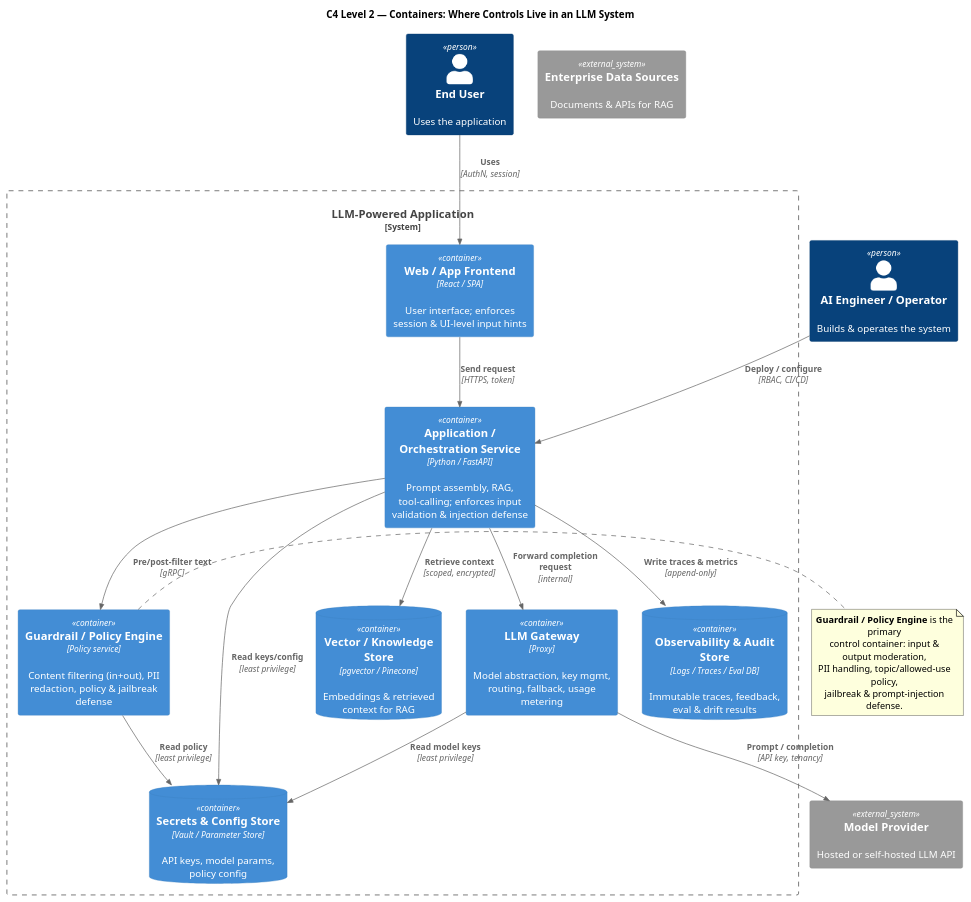
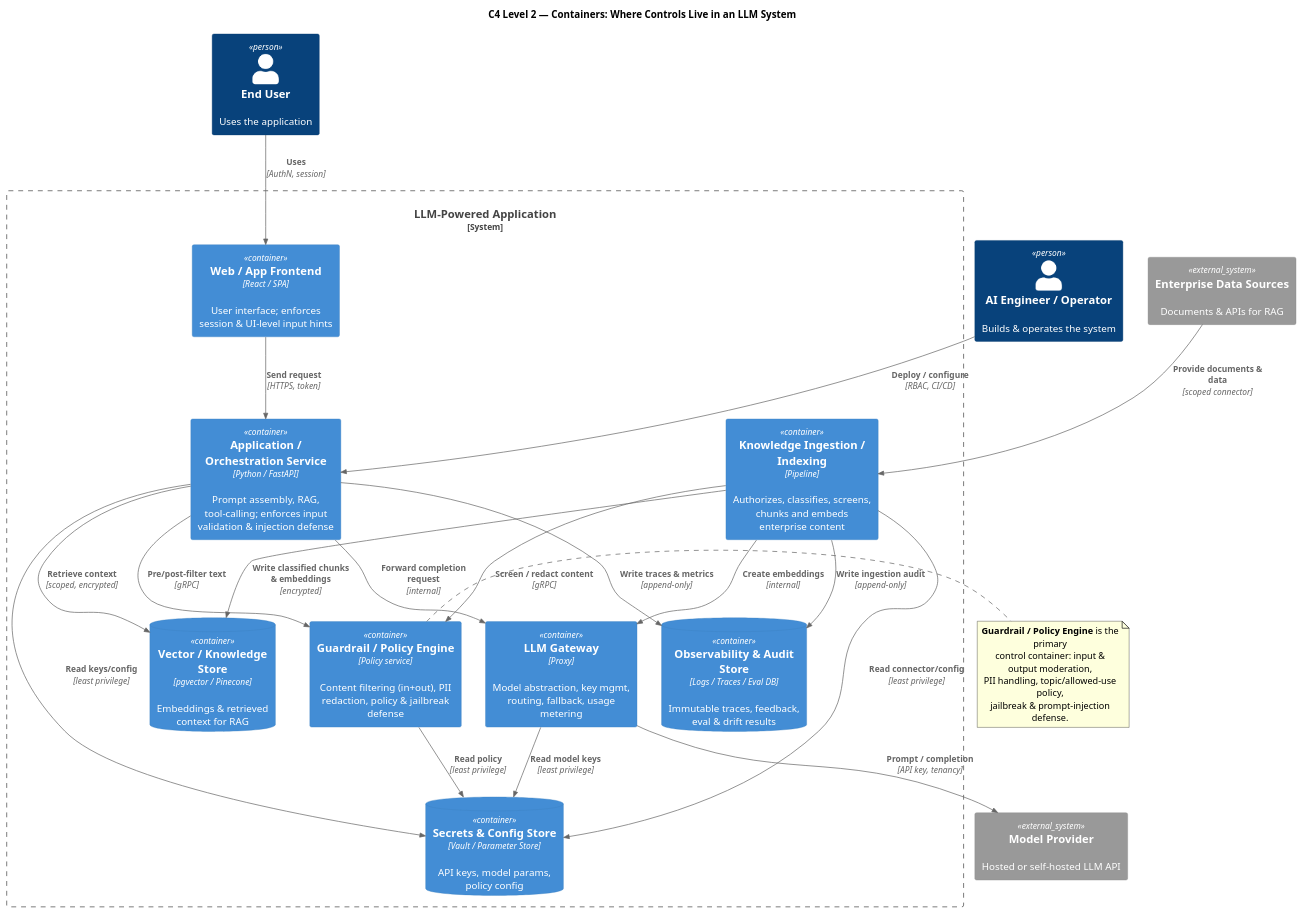
Before and after one commit to hoggmania/llm-c4-controls: the diagram in 02-container.puml, drawn with PlantUML. The commit also changed 7 other files, not shown here.

```diff
--- a/02-container.puml
+++ b/02-container.puml
@@ -1,44 +1,51 @@
 @startuml
 !includeurl https://raw.githubusercontent.com/plantuml-stdlib/C4-PlantUML/master/C4_Container.puml
 
 title C4 Level 2 — Containers: Where Controls Live in an LLM System
 
 Person(user, "End User", "Uses the application")
 Person(engineer, "AI Engineer / Operator", "Builds & operates the system")
 
 System_Boundary(llmApp, "LLM-Powered Application") {
 
   Container(ui, "Web / App Frontend", "React / SPA", "User interface; enforces session & UI-level input hints")
 
   Container(orch, "Application / Orchestration Service", "Python / FastAPI", "Prompt assembly, RAG, tool-calling; enforces input validation & injection defense")
+  Container(indexer, "Knowledge Ingestion / Indexing", "Pipeline", "Authorizes, classifies, screens, chunks and embeds enterprise content")
   Container(guard, "Guardrail / Policy Engine", "Policy service", "Content filtering (in+out), PII redaction, policy & jailbreak defense")
   Container(gw, "LLM Gateway", "Proxy", "Model abstraction, key mgmt, routing, fallback, usage metering")
 
   ContainerDb(vec, "Vector / Knowledge Store", "pgvector / Pinecone", "Embeddings & retrieved context for RAG")
   ContainerDb(secrets, "Secrets & Config Store", "Vault / Parameter Store", "API keys, model params, policy config")
   ContainerDb(obs, "Observability & Audit Store", "Logs / Traces / Eval DB", "Immutable traces, feedback, eval & drift results")
 }
 
 System_Ext(modelProvider, "Model Provider", "Hosted or self-hosted LLM API")
 System_Ext(dataSrc, "Enterprise Data Sources", "Documents & APIs for RAG")
 
 Rel(user, ui, "Uses", "AuthN, session")
 Rel(ui, orch, "Send request", "HTTPS, token")
 Rel(engineer, orch, "Deploy / configure", "RBAC, CI/CD")
+Rel(dataSrc, indexer, "Provide documents & data", "scoped connector")
+Rel(indexer, guard, "Screen / redact content", "gRPC")
+Rel(indexer, gw, "Create embeddings", "internal")
+Rel(indexer, vec, "Write classified chunks & embeddings", "encrypted")
+Rel(indexer, secrets, "Read connector/config", "least privilege")
+Rel(indexer, obs, "Write ingestion audit", "append-only")
 Rel(orch, guard, "Pre/post-filter text", "gRPC")
 Rel(orch, gw, "Forward completion request", "internal")
 Rel(gw, modelProvider, "Prompt / completion", "API key, tenancy")
 Rel(orch, vec, "Retrieve context", "scoped, encrypted")
 Rel(orch, secrets, "Read keys/config", "least privilege")
 Rel(orch, obs, "Write traces & metrics", "append-only")
 Rel(gw, secrets, "Read model keys", "least privilege")
 Rel(guard, secrets, "Read policy", "least privilege")
 
 note right of guard
   <b>Guardrail / Policy Engine</b> is the primary
   control container: input & output moderation,
   PII handling, topic/allowed-use policy,
   jailbreak & prompt-injection defense.
 end note
 
 @enduml
```
